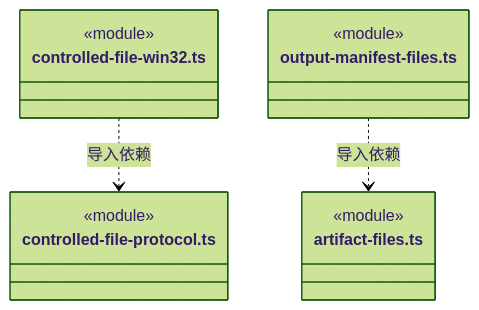
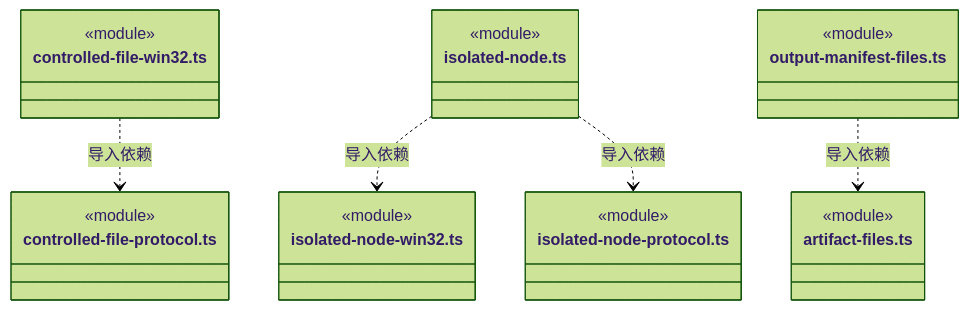
Diagram 28 of 28 in src/backend/main/platform/ARCHITECTURE.md (nan023062/cbim), drawn with Mermaid (forest theme) before and after one commit. The commit also changed other lines of this file and 18 other files, not shown here.

````diff
--- a/src/backend/main/platform/ARCHITECTURE.md
+++ b/src/backend/main/platform/ARCHITECTURE.md
@@ -489,17 +615,28 @@
 ```mermaid
 classDiagram
 class N_src_backend_main_platform_controlled_file_win32_ts["controlled-file-win32.ts"] {
   <<module>>
 }
 class N_src_backend_main_platform_controlled_file_protocol_ts["controlled-file-protocol.ts"] {
+  <<module>>
+}
+class N_src_backend_main_platform_isolated_node_ts["isolated-node.ts"] {
+  <<module>>
+}
+class N_src_backend_main_platform_isolated_node_win32_ts["isolated-node-win32.ts"] {
+  <<module>>
+}
+class N_src_backend_main_platform_isolated_node_protocol_ts["isolated-node-protocol.ts"] {
   <<module>>
 }
 class N_src_backend_main_platform_output_manifest_files_ts["output-manifest-files.ts"] {
   <<module>>
 }
 class N_src_backend_main_platform_artifact_files_ts["artifact-files.ts"] {
   <<module>>
 }
 N_src_backend_main_platform_controlled_file_win32_ts ..> N_src_backend_main_platform_controlled_file_protocol_ts : 导入依赖
+N_src_backend_main_platform_isolated_node_ts ..> N_src_backend_main_platform_isolated_node_win32_ts : 导入依赖
+N_src_backend_main_platform_isolated_node_ts ..> N_src_backend_main_platform_isolated_node_protocol_ts : 导入依赖
 N_src_backend_main_platform_output_manifest_files_ts ..> N_src_backend_main_platform_artifact_files_ts : 导入依赖
 ```
````
